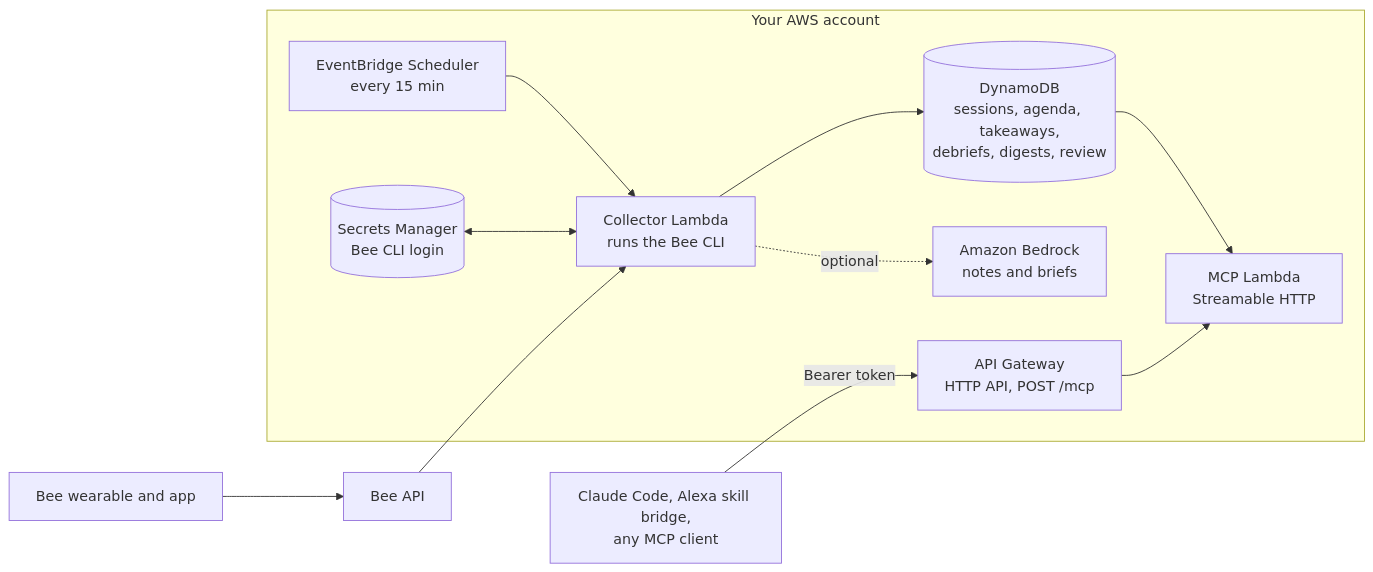
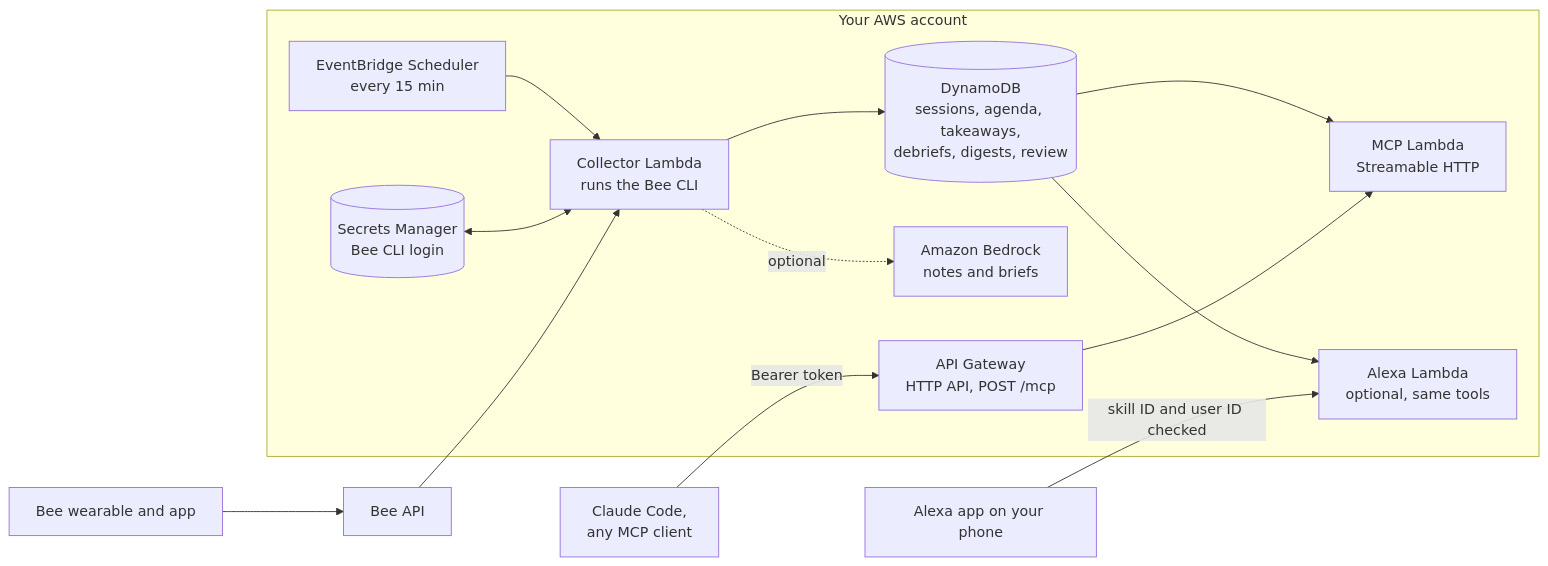
The diagram in README.md (wilmccann/between-sessions), drawn with Mermaid before and after one commit. The commit also changed other lines of this file and 1 other file, not shown here.

First line of the commit message:
Alexa step 7: README and testing docs

````diff
--- a/README.md
+++ b/README.md
@@ -21,14 +21,16 @@
 ```mermaid
 flowchart LR
   bee[Bee wearable and app] --> api[Bee API]
   subgraph aws[Your AWS account]
     sched[EventBridge Scheduler<br/>every 15 min] --> collector[Collector Lambda<br/>runs the Bee CLI]
     secret[(Secrets Manager<br/>Bee CLI login)] <--> collector
     collector --> table[(DynamoDB<br/>sessions, agenda, takeaways,<br/>debriefs, digests, review)]
     collector -. optional .-> bedrock[Amazon Bedrock<br/>notes and briefs]
     table --> mcp[MCP Lambda<br/>Streamable HTTP]
     apigw[API Gateway<br/>HTTP API, POST /mcp] --> mcp
+    table --> alexafn[Alexa Lambda<br/>optional, same tools]
   end
   api --> collector
-  clients[Claude Code, Alexa skill bridge,<br/>any MCP client] -->|Bearer token| apigw
+  clients[Claude Code,<br/>any MCP client] -->|Bearer token| apigw
+  phone[Alexa app on your phone] -->|skill ID and user ID checked| alexafn
 ```
````
